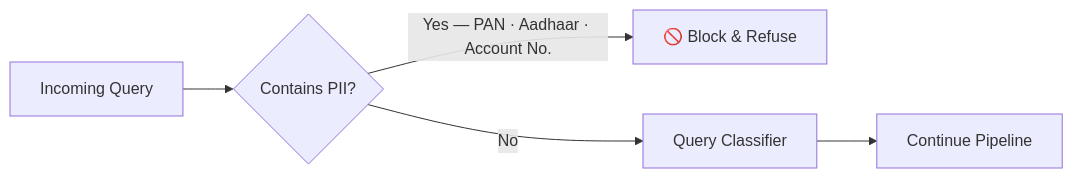
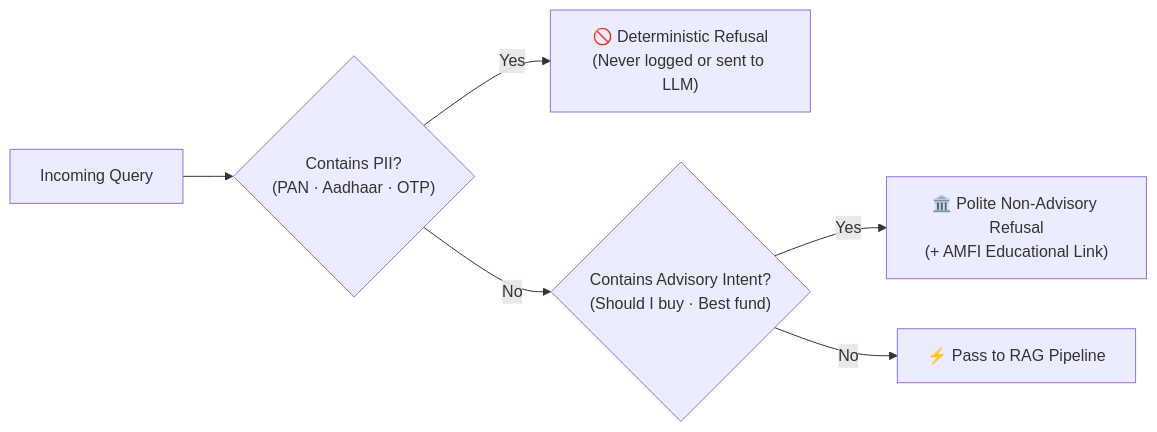
The sixth of 6 diagrams in Docs/architecture.md (lohith307/MutualFund-Nextleap), drawn with Mermaid before and after one commit. The commit also changed other lines of this file and 6 other files, not shown here.

````diff
--- a/Docs/architecture.md
+++ b/Docs/architecture.md
@@ -201,7 +229,8 @@
 ```mermaid
 flowchart LR
-    A["Incoming Query"] --> B{"Contains PII?"}
-    B -->|Yes — PAN · Aadhaar · Account No.| C["🚫 Block & Refuse"]
-    B -->|No| D["Query Classifier"]
-    D --> E["Continue Pipeline"]
+    A["Incoming Query"] --> B{"Contains PII?\n(PAN · Aadhaar · OTP)"}
+    B -->|Yes| C["🚫 Deterministic Refusal\n(Never logged or sent to LLM)"]
+    B -->|No| D{"Contains Advisory Intent?\n(Should I buy · Best fund)"}
+    D -->|Yes| E["🏛️ Polite Non-Advisory Refusal\n(+ AMFI Educational Link)"]
+    D -->|No| F["⚡ Pass to RAG Pipeline"]
 ```
````
